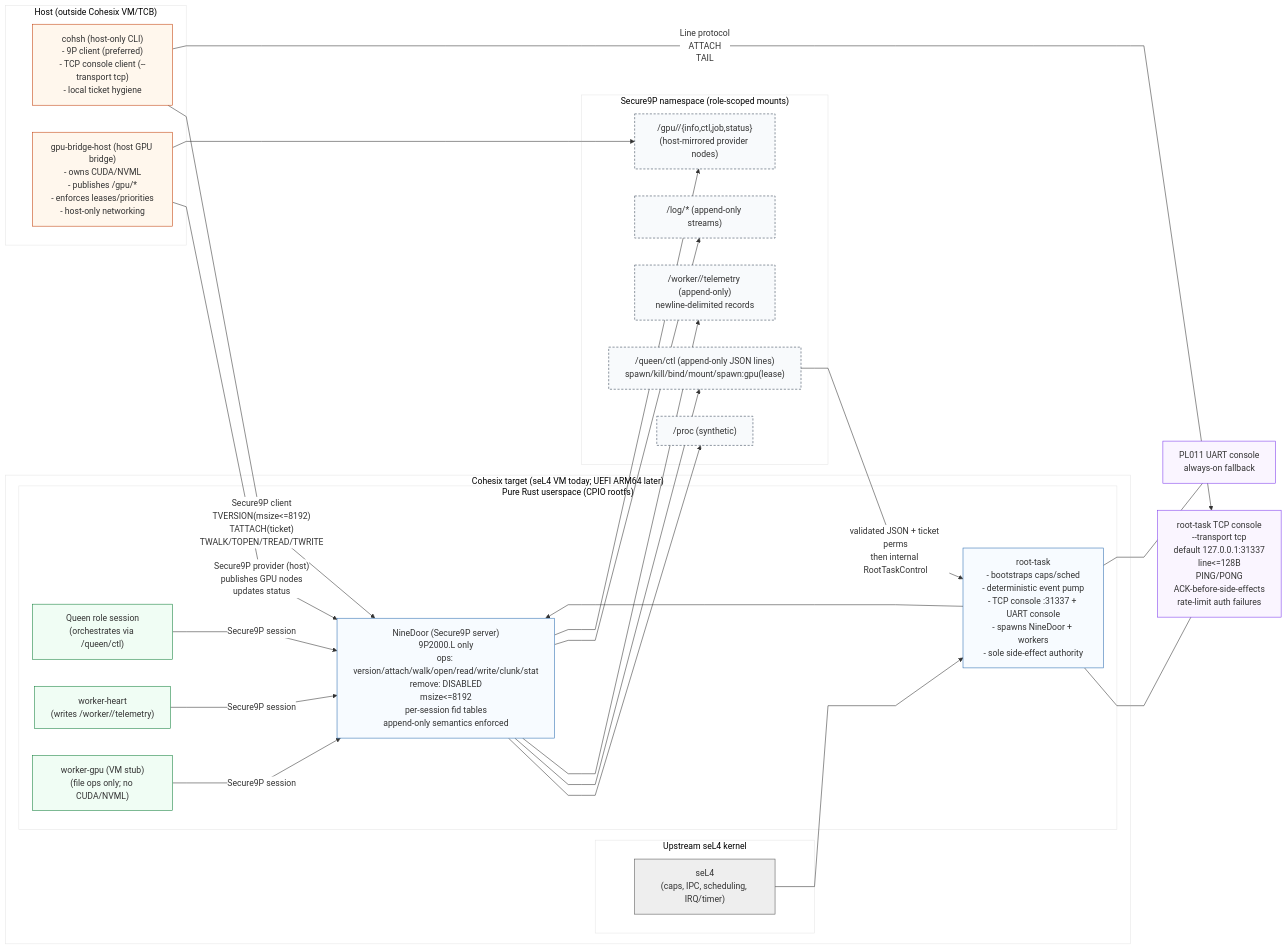
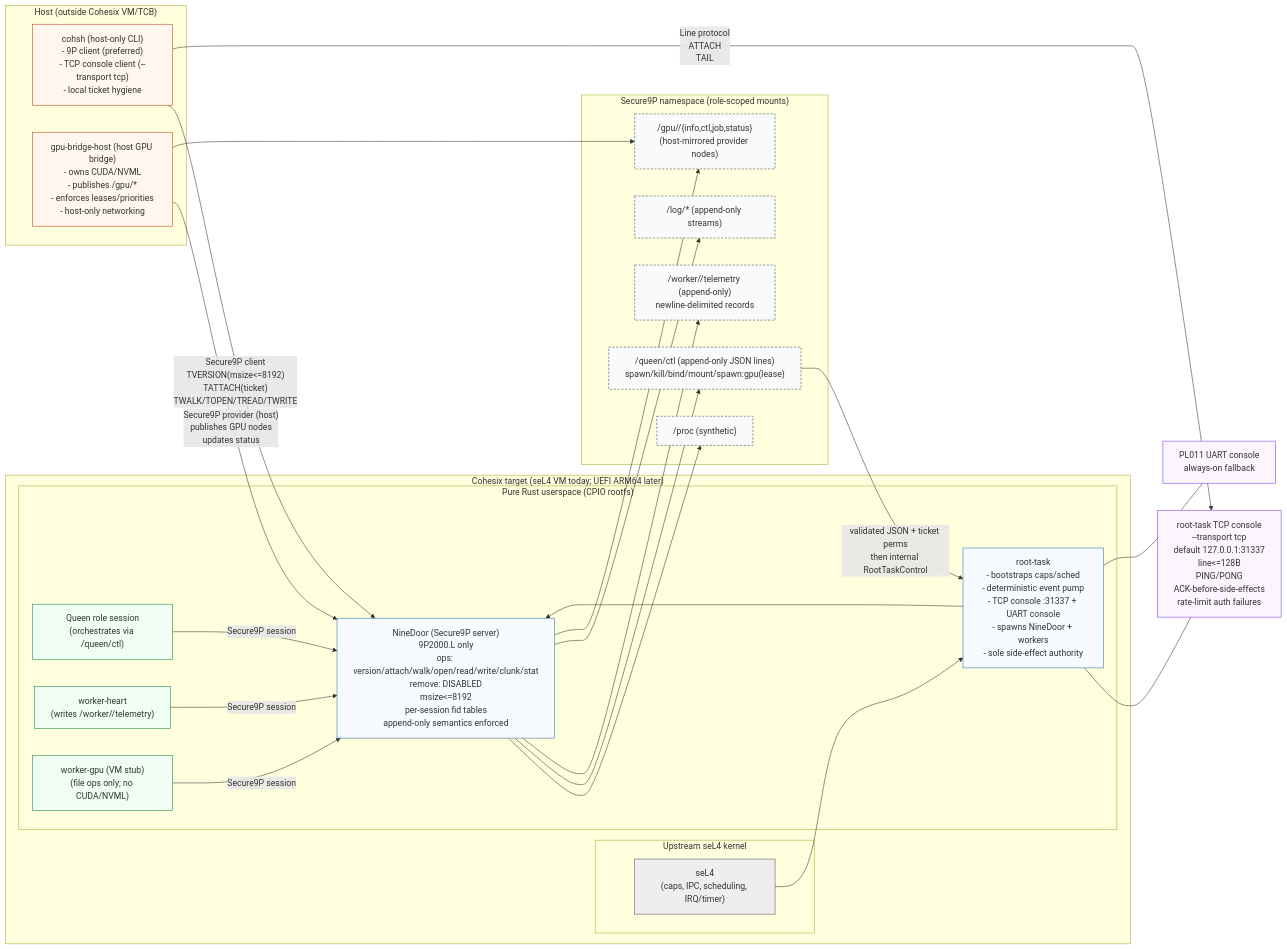
Before and after one commit to lukeb-aidev/cohesix: the diagram in docs/ARCHITECTURE.md, drawn with Mermaid. The commit also changed other lines of this file, not shown here.

Commit message:
Update architecture diagram and styling comments

````diff
--- a/docs/ARCHITECTURE.md
+++ b/docs/ARCHITECTURE.md
@@ -9,18 +6,4 @@
 ```mermaid
-%%{
-  init: {
-    "theme": "base",
-    "themeVariables": {
-      "background": "#ffffff",
-      "primaryColor": "#ffffff",
-      "secondaryColor": "#ffffff",
-      "tertiaryColor": "#ffffff",
-      "lineColor": "#333333",
-      "textColor": "#111111"
-    },
-    "flowchart": { "curve": "linear" }
-  }
-}%%
 flowchart LR
 
   %% =========================
@@ -99,7 +82,7 @@
   GPUB --> GPU
 
   %% =========================
-  %% Styles
+  %% Styles (supported on GitHub Mermaid)
   %% =========================
   classDef kernel fill:#eeeeee,stroke:#555555,stroke-width:1px;
   classDef vm fill:#f7fbff,stroke:#2b6cb0,stroke-width:1px;
````
